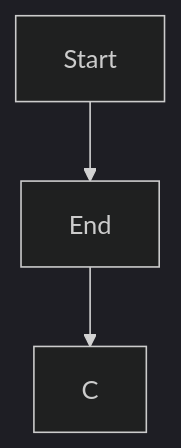
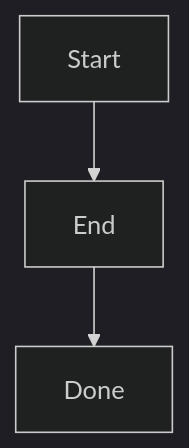
Before and after one commit to muirjc/canvas: the diagram in packages/diagram-core/corpus/cases/flowchart-comments-and-directives/expected/portable.mmd, drawn with Mermaid. The commit also changed 12 other files, not shown here.

First line of the commit message:
fix: a flowchart node's later definition wins, as in Mermaid (canvas-ltfa) (#334)

```diff
--- a/packages/diagram-core/corpus/cases/flowchart-comments-and-directives/expected/portable.mmd
+++ b/packages/diagram-core/corpus/cases/flowchart-comments-and-directives/expected/portable.mmd
@@ -1,7 +1,7 @@
 %%{init: {'theme': 'dark', 'flowchart': {'curve': 'basis'}}}%%
 flowchart TD
   A[Start]
   B[End]
-  C[C]
+  C[Done]
   A --> B
   B --> C
```
